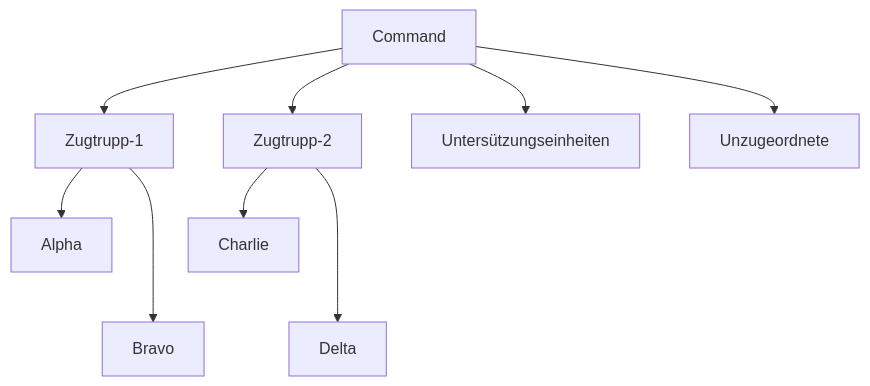
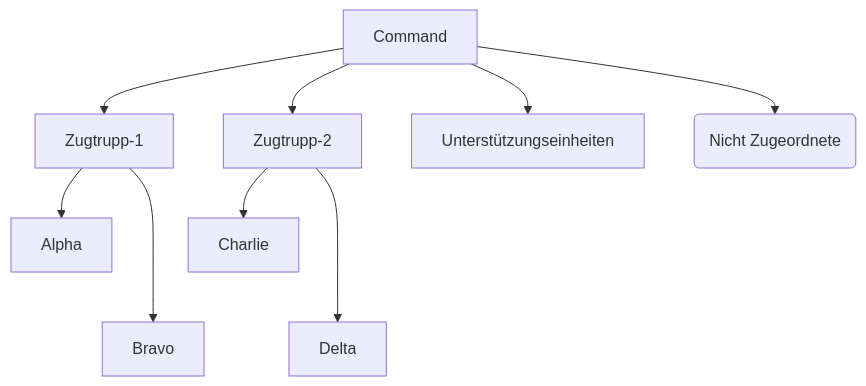
Before and after one commit to Nikolai-Ahlhelm/blackstar-gaming: the second of 3 diagrams in milsim/leitfaden.md, drawn with Mermaid. The commit also changed other lines of this file and 18 other files, not shown here.

````diff
--- a/milsim/leitfaden.md
+++ b/milsim/leitfaden.md
@@ -112,12 +80,12 @@
 ```mermaid
 graph TD;
     Command-->Zugtrupp-1;
     Command-->Zugtrupp-2;
-    Command-->Untersützungseinheiten;
-    Command-->Unzugeordnete;
+    Command-->Unterstützungseinheiten;
+    Command-->x(Nicht Zugeordnete);
     Zugtrupp-1-->Alpha;
     Zugtrupp-1--->Bravo;
     Zugtrupp-2-->Charlie;
     Zugtrupp-2--->Delta;
 
 ```
````
